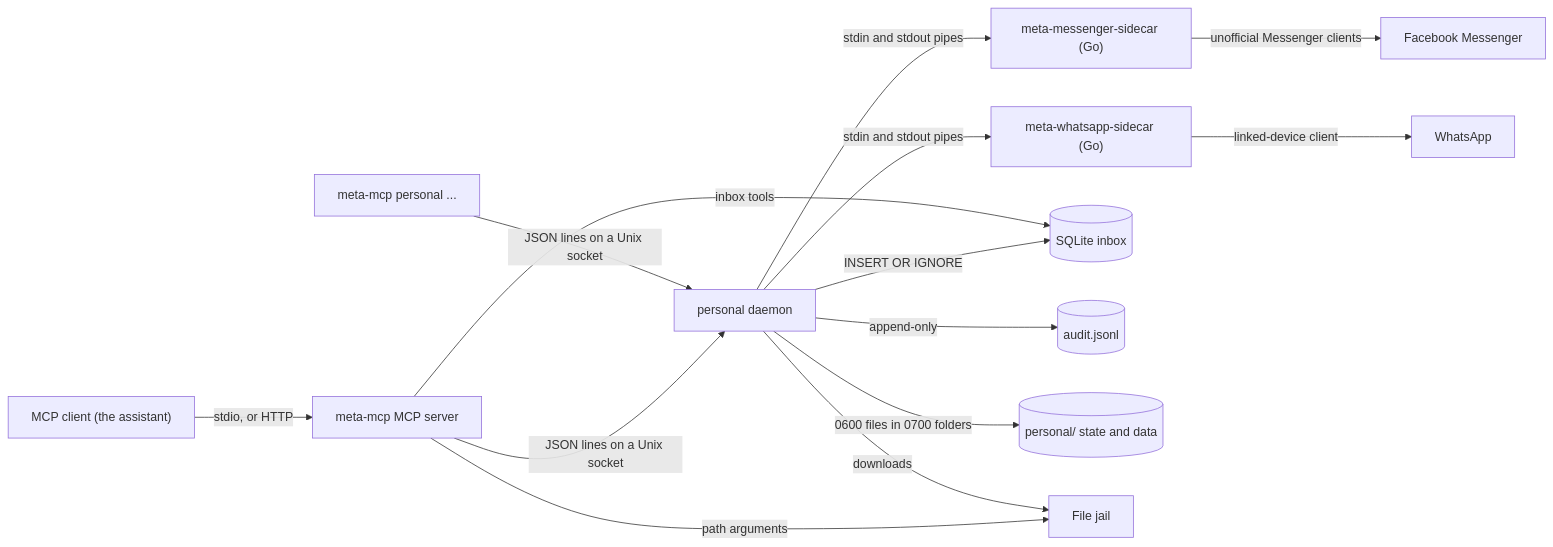
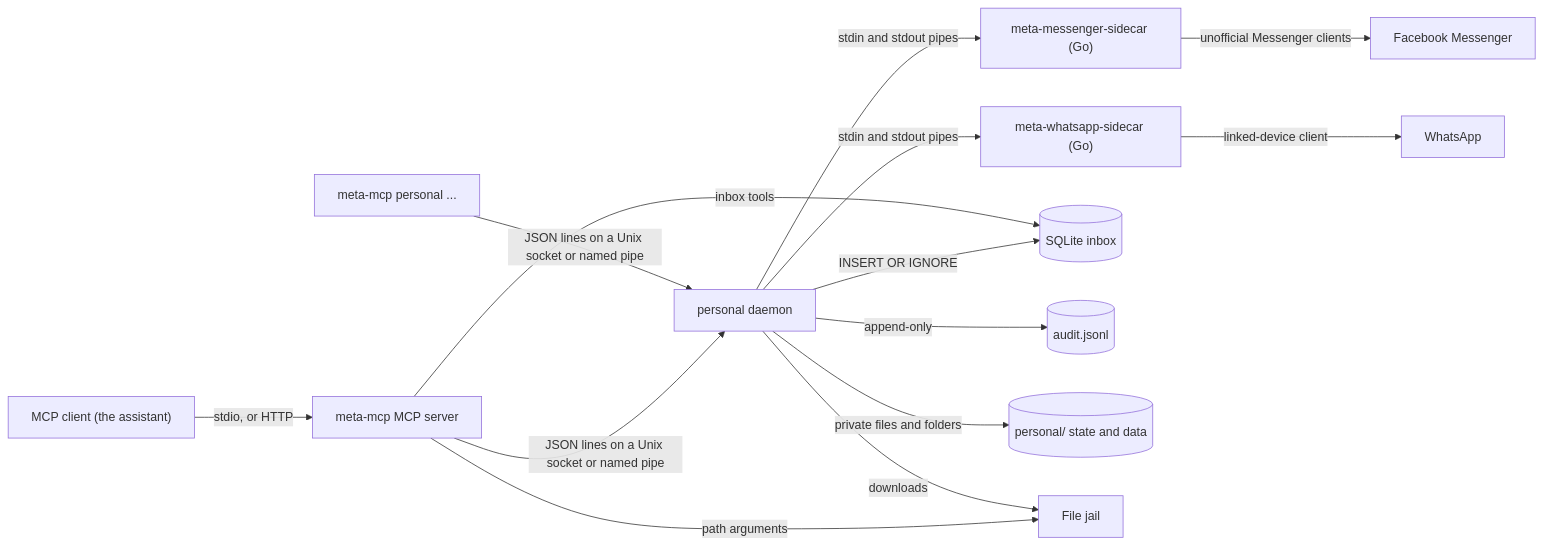
Before and after one commit to matpb/meta-mcp-rs: the second of 8 diagrams in docs/ARCHITECTURE.md, drawn with Mermaid. The commit also changed other lines of this file and 81 other files, not shown here.

````diff
--- a/docs/ARCHITECTURE.md
+++ b/docs/ARCHITECTURE.md
@@ -361,16 +369,16 @@
 ```mermaid
 flowchart LR
     Client["MCP client (the assistant)"] -->|"stdio, or HTTP"| MCP["meta-mcp MCP server"]
-    MCP -->|"JSON lines on a Unix socket"| Daemon["personal daemon"]
-    CLI["meta-mcp personal ..."] -->|"JSON lines on a Unix socket"| Daemon
+    MCP -->|"JSON lines on a Unix socket or named pipe"| Daemon["personal daemon"]
+    CLI["meta-mcp personal ..."] -->|"JSON lines on a Unix socket or named pipe"| Daemon
     Daemon -->|"stdin and stdout pipes"| MS["meta-messenger-sidecar (Go)"]
     Daemon -->|"stdin and stdout pipes"| WS["meta-whatsapp-sidecar (Go)"]
     MS -->|"unofficial Messenger clients"| FB["Facebook Messenger"]
     WS -->|"linked-device client"| WA["WhatsApp"]
     Daemon -->|"INSERT OR IGNORE"| DB[("SQLite inbox")]
     Daemon -->|"append-only"| Audit[("audit.jsonl")]
-    Daemon -->|"0600 files in 0700 folders"| Disk[("personal/ state and data")]
+    Daemon -->|"private files and folders"| Disk[("personal/ state and data")]
     MCP -->|"inbox tools"| DB
     MCP -->|"path arguments"| Jail["File jail"]
     Daemon -->|"downloads"| Jail
 ```
````
